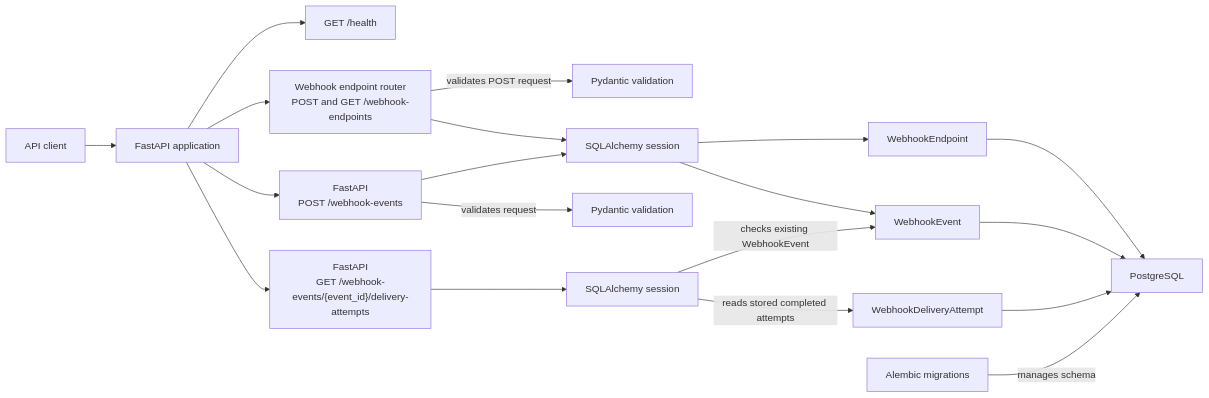
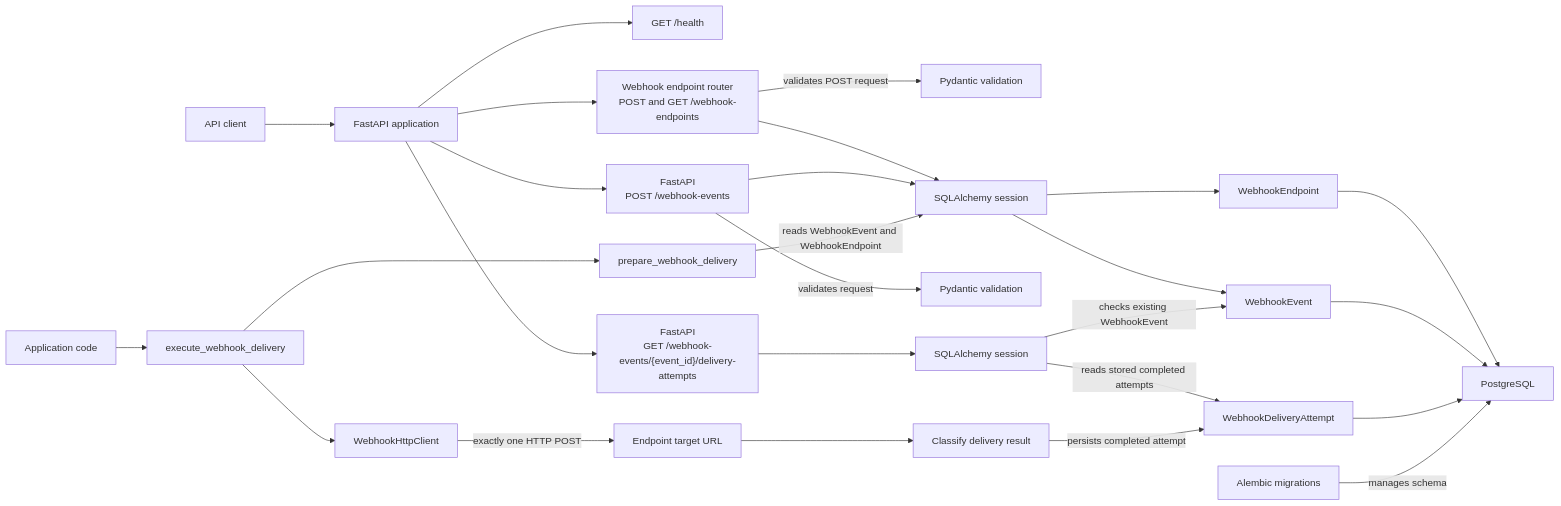
The diagram in README.md (lukaszj321/reliable-webhook-service), drawn with Mermaid before and after one commit. The commit also changed other lines of this file and 5 other files, not shown here.

Commit message:
docs: document single webhook delivery execution

````diff
--- a/README.md
+++ b/README.md
@@ -59,21 +67,28 @@
 ```mermaid
 flowchart LR
     Client["API client"] --> App["FastAPI application"]
     App --> Health["GET /health"]
     App --> Router["Webhook endpoint router<br/>POST and GET /webhook-endpoints"]
     Router -->|"validates POST request"| Validation["Pydantic validation"]
     Router --> Session["SQLAlchemy session"]
     Session --> Endpoint["WebhookEndpoint"]
     Endpoint --> PostgreSQL["PostgreSQL"]
     App --> EventAPI["FastAPI<br/>POST /webhook-events"]
     EventAPI -->|"validates request"| EventValidation["Pydantic validation"]
     EventAPI --> Session
     Session --> Event["WebhookEvent"]
     Event --> PostgreSQL
     App --> AttemptAPI["FastAPI<br/>GET /webhook-events/{event_id}/delivery-attempts"]
     AttemptAPI --> AttemptSession["SQLAlchemy session"]
     AttemptSession -->|"checks existing WebhookEvent"| Event
     AttemptSession -->|"reads stored completed attempts"| Attempt["WebhookDeliveryAttempt"]
     Attempt --> PostgreSQL
+    ApplicationCode["Application code"] --> Execute["execute_webhook_delivery"]
+    Execute --> Prepare["prepare_webhook_delivery"]
+    Prepare -->|"reads WebhookEvent and WebhookEndpoint"| Session
+    Execute --> HTTPClient["WebhookHttpClient"]
+    HTTPClient -->|"exactly one HTTP POST"| Target["Endpoint target URL"]
+    Target --> Classification["Classify delivery result"]
+    Classification -->|"persists completed attempt"| Attempt
     Migrations["Alembic migrations"] -->|"manages schema"| PostgreSQL
 ```
````
